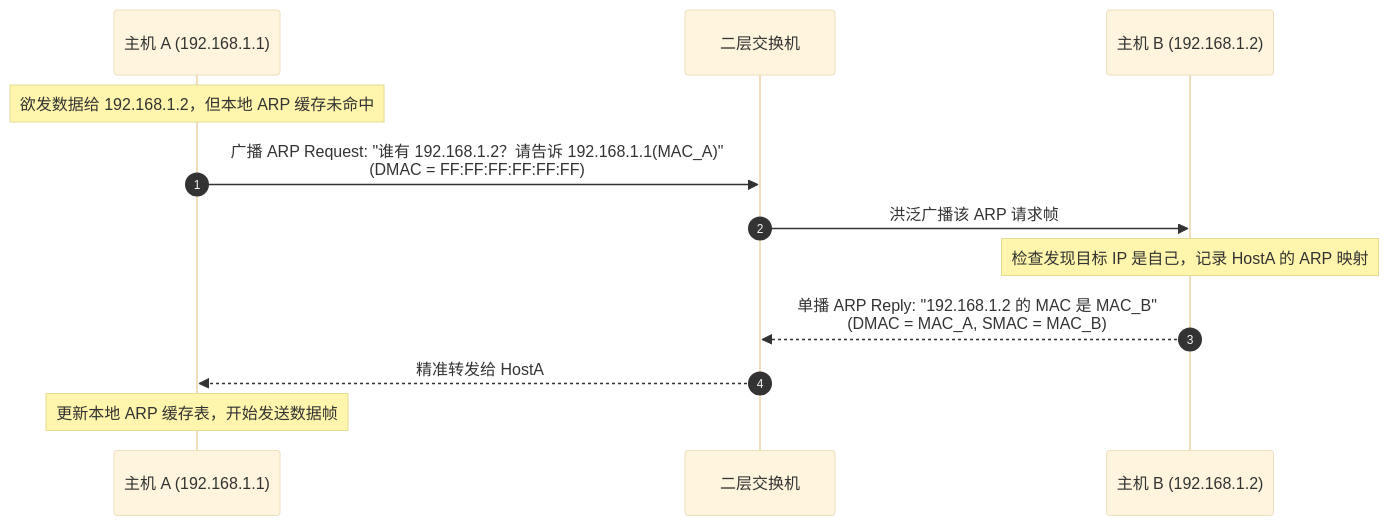
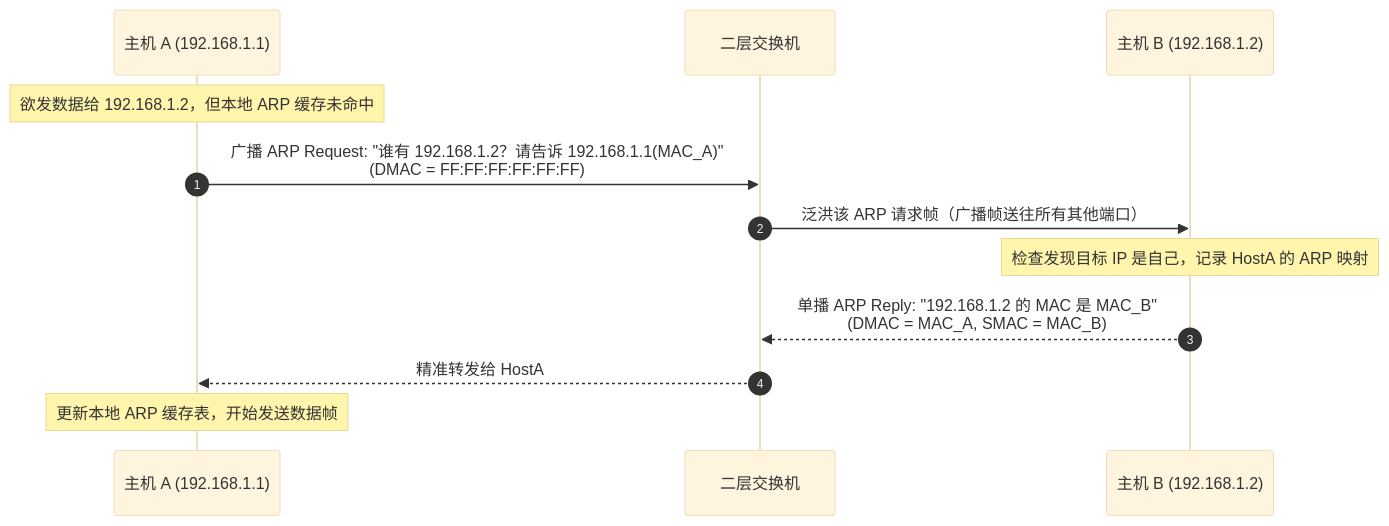
Before and after one commit to zilinglius/innovation_ii: the second of 5 diagrams in 2026/docs/network.md, drawn with Mermaid (base theme). The commit also changed other lines of this file and 48 other files, not shown here.

````diff
--- a/2026/docs/network.md
+++ b/2026/docs/network.md
@@ -156,15 +164,15 @@
 ```mermaid
 sequenceDiagram
     autonumber
     participant HostA as 主机 A (192.168.1.1)
     participant Switch as 二层交换机
     participant HostB as 主机 B (192.168.1.2)
 
     Note over HostA: 欲发数据给 192.168.1.2，但本地 ARP 缓存未命中
     HostA->>Switch: 广播 ARP Request: "谁有 192.168.1.2？请告诉 192.168.1.1(MAC_A)"<br/>(DMAC = FF:FF:FF:FF:FF:FF)
-    Switch->>HostB: 洪泛广播该 ARP 请求帧
+    Switch->>HostB: 泛洪该 ARP 请求帧（广播帧送往所有其他端口）
     Note over HostB: 检查发现目标 IP 是自己，记录 HostA 的 ARP 映射
     HostB-->>Switch: 单播 ARP Reply: "192.168.1.2 的 MAC 是 MAC_B"<br/>(DMAC = MAC_A, SMAC = MAC_B)
     Switch-->>HostA: 精准转发给 HostA
     Note over HostA: 更新本地 ARP 缓存表，开始发送数据帧
 ```
````
